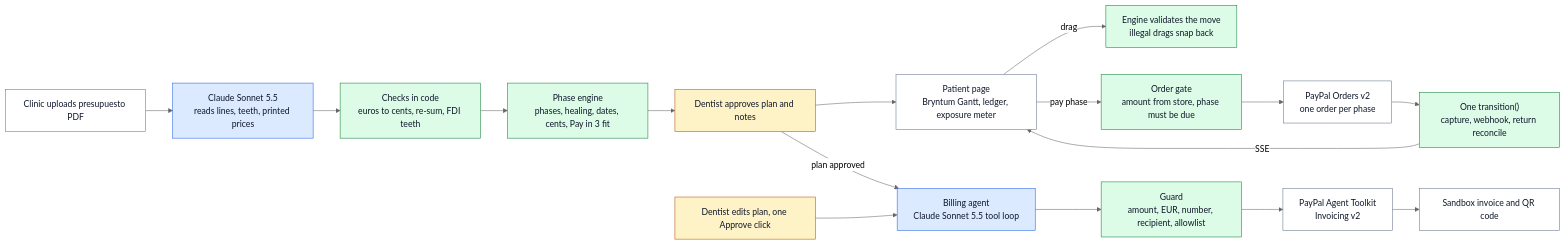
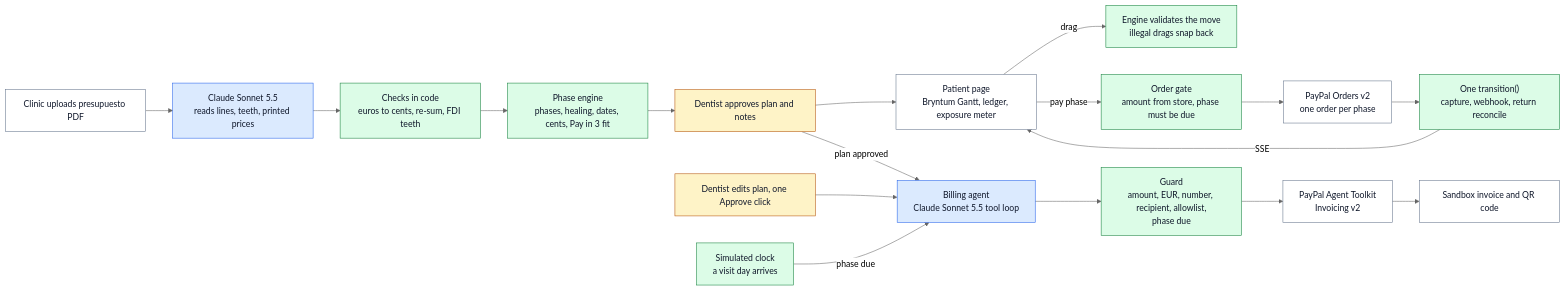
One commit to lgarbayo/payperphase changed the diagram in docs/architecture/diagram.mmd. Above: the diagram before and after it, drawn with Mermaid (neutral theme). The commit also changed 10 other files, not shown here.

First line of the commit message:
docs: describe phase invoices issued on their visit day

```diff
--- a/docs/architecture/diagram.mmd
+++ b/docs/architecture/diagram.mmd
@@ -1,25 +1,26 @@
 %% PayPerPhase architecture. Rule: Claude reads, code decides money and dates, the dentist approves every word.
 %% docs/architecture/diagram.svg is the hand-drawn rendering of the same design.
 flowchart LR
   classDef claude fill:#dbeafe,stroke:#2563eb,color:#0f172a
   classDef code fill:#dcfce7,stroke:#15803d,color:#0f172a
   classDef human fill:#fef3c7,stroke:#b45309,color:#0f172a
   classDef ext fill:#ffffff,stroke:#64748b,color:#0f172a
 
   PDF["Clinic uploads presupuesto PDF"]:::ext --> EXT["Claude Sonnet 5.5<br/>reads lines, teeth, printed prices"]:::claude
   EXT --> CHK["Checks in code<br/>euros to cents, re-sum, FDI teeth"]:::code
   CHK --> ENG["Phase engine<br/>phases, healing, dates, cents, Pay in 3 fit"]:::code
   ENG --> APP["Dentist approves plan and notes"]:::human
   APP --> PAT["Patient page<br/>Bryntum Gantt, ledger, exposure meter"]:::ext
 
   PAT -->|drag| VAL["Engine validates the move<br/>illegal drags snap back"]:::code
   PAT -->|pay phase| GATE["Order gate<br/>amount from store, phase must be due"]:::code
   GATE --> ORD["PayPal Orders v2<br/>one order per phase"]:::ext
   ORD --> TR["One transition()<br/>capture, webhook, return reconcile"]:::code
   TR -->|SSE| PAT
 
   APP -->|plan approved| AG["Billing agent<br/>Claude Sonnet 5.5 tool loop"]:::claude
   EDIT["Dentist edits plan, one Approve click"]:::human --> AG
-  AG --> GUARD["Guard<br/>amount, EUR, number, recipient, allowlist"]:::code
+  CLK["Simulated clock<br/>a visit day arrives"]:::code -->|phase due| AG
+  AG --> GUARD["Guard<br/>amount, EUR, number, recipient, allowlist,<br/>phase due"]:::code
   GUARD --> TK["PayPal Agent Toolkit<br/>Invoicing v2"]:::ext
   TK --> INV["Sandbox invoice and QR code"]:::ext
```
